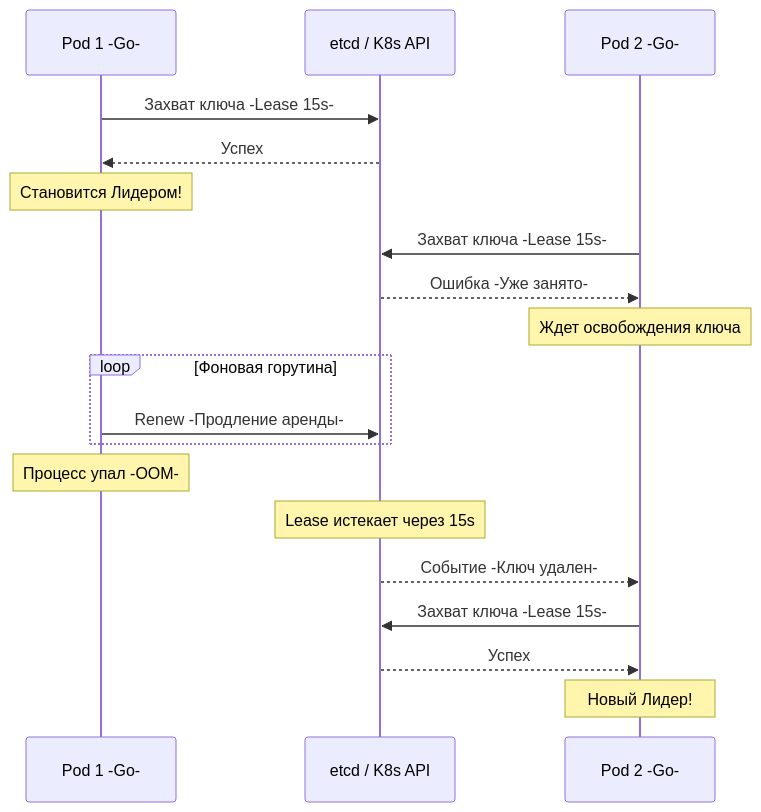
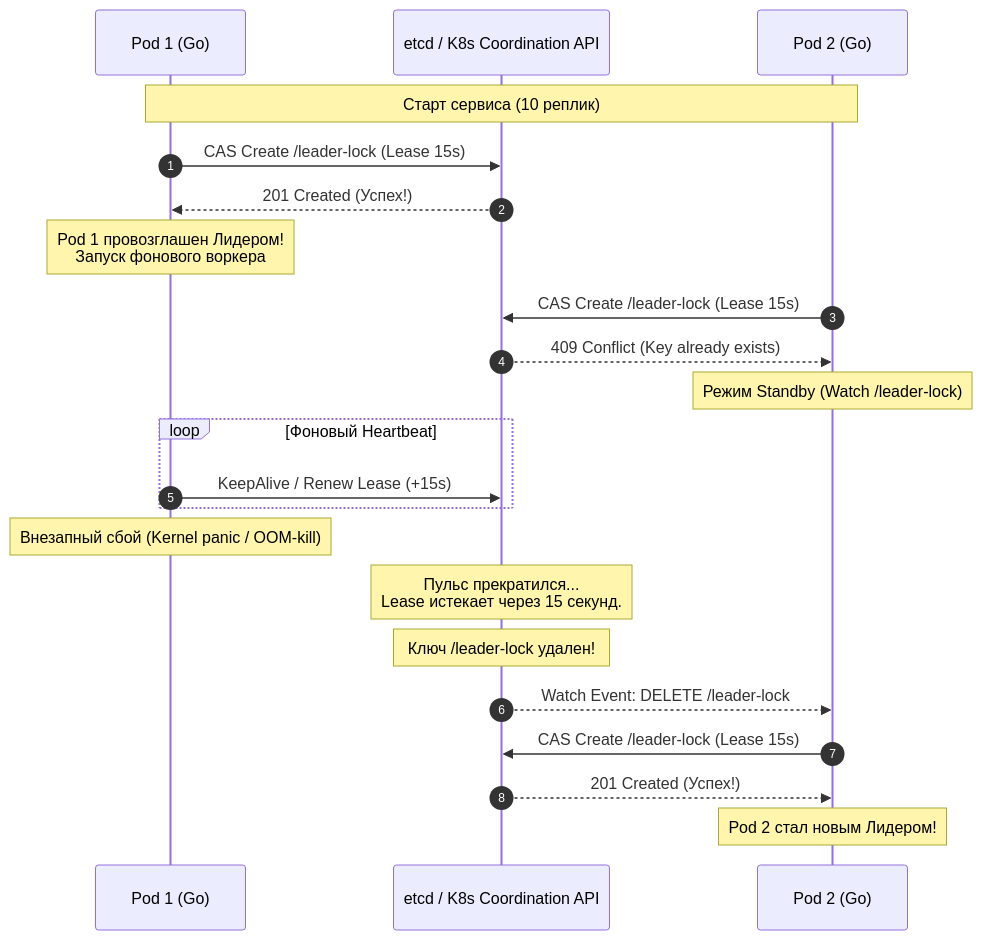
One commit to UnrealTemplier/go-textbook changed the diagram in sources/14. Распределенные системы на Go/02. Консенсус/8. Leader election в системах.md. Above: the diagram before and after it, drawn with Mermaid. The commit also changed other lines of this file, not shown here.

Commit message:
feat(module-14): editorial rewrite of lecture 8 (Leader election в системах) in Subsection 2 in Kernighan style

````diff
--- a/sources/14. Распределенные системы на Go/02. Консенсус/8. Leader election в системах.md
+++ b/sources/14. Распределенные системы на Go/02. Консенсус/8. Leader election в системах.md
@@ -27,26 +35,29 @@
 ```mermaid
 sequenceDiagram
-    participant Pod1 as Pod 1 -Go-
-    participant K8s as etcd / K8s API
-    participant Pod2 as Pod 2 -Go-
-    
-    Pod1->>K8s: Захват ключа -Lease 15s-
-    K8s-->>Pod1: Успех
-    Note over Pod1: Становится Лидером!
-    
-    Pod2->>K8s: Захват ключа -Lease 15s-
-    K8s-->>Pod2: Ошибка -Уже занято-
-    Note over Pod2: Ждет освобождения ключа
-    
-    loop Фоновая горутина
-        Pod1->>K8s: Renew -Продление аренды-
+    autonumber
+    participant Pod1 as Pod 1 (Go)
+    participant K8s as etcd / K8s Coordination API
+    participant Pod2 as Pod 2 (Go)
+
+    Note over Pod1,Pod2: Старт сервиса (10 реплик)
+    Pod1->>K8s: CAS Create /leader-lock (Lease 15s)
+    K8s-->>Pod1: 201 Created (Успех!)
+    Note over Pod1: Pod 1 провозглашен Лидером!<br/>Запуск фонового воркера
+
+    Pod2->>K8s: CAS Create /leader-lock (Lease 15s)
+    K8s-->>Pod2: 409 Conflict (Key already exists)
+    Note over Pod2: Режим Standby (Watch /leader-lock)
+
+    loop Фоновый Heartbeat
+        Pod1->>K8s: KeepAlive / Renew Lease (+15s)
     end
-    
-    Note over Pod1: Процесс упал -OOM-
-    Note over K8s: Lease истекает через 15s
-    
-    K8s-->>Pod2: Событие -Ключ удален-
-    Pod2->>K8s: Захват ключа -Lease 15s-
-    K8s-->>Pod2: Успех
-    Note over Pod2: Новый Лидер!
+
+    Note over Pod1: Внезапный сбой (Kernel panic / OOM-kill)
+    Note over K8s: Пульс прекратился...<br/>Lease истекает через 15 секунд.
+    Note over K8s: Ключ /leader-lock удален!
+
+    K8s-->>Pod2: Watch Event: DELETE /leader-lock
+    Pod2->>K8s: CAS Create /leader-lock (Lease 15s)
+    K8s-->>Pod2: 201 Created (Успех!)
+    Note over Pod2: Pod 2 стал новым Лидером!
 ```
````
